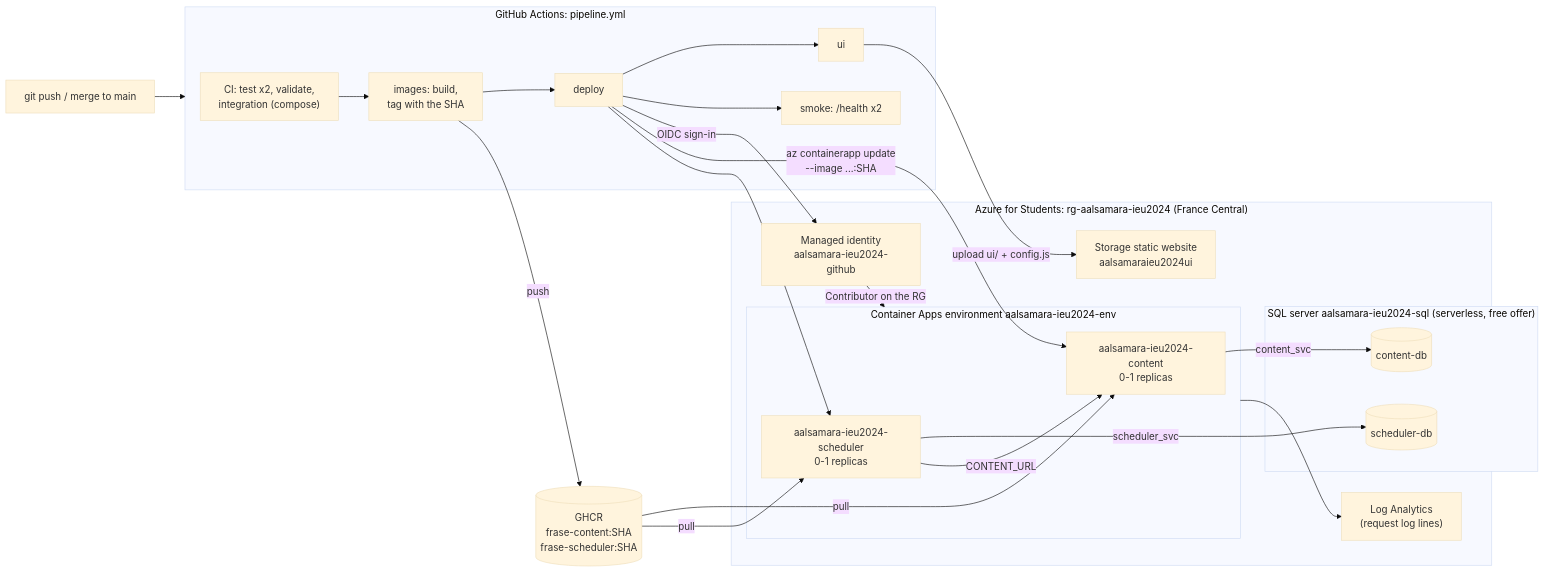
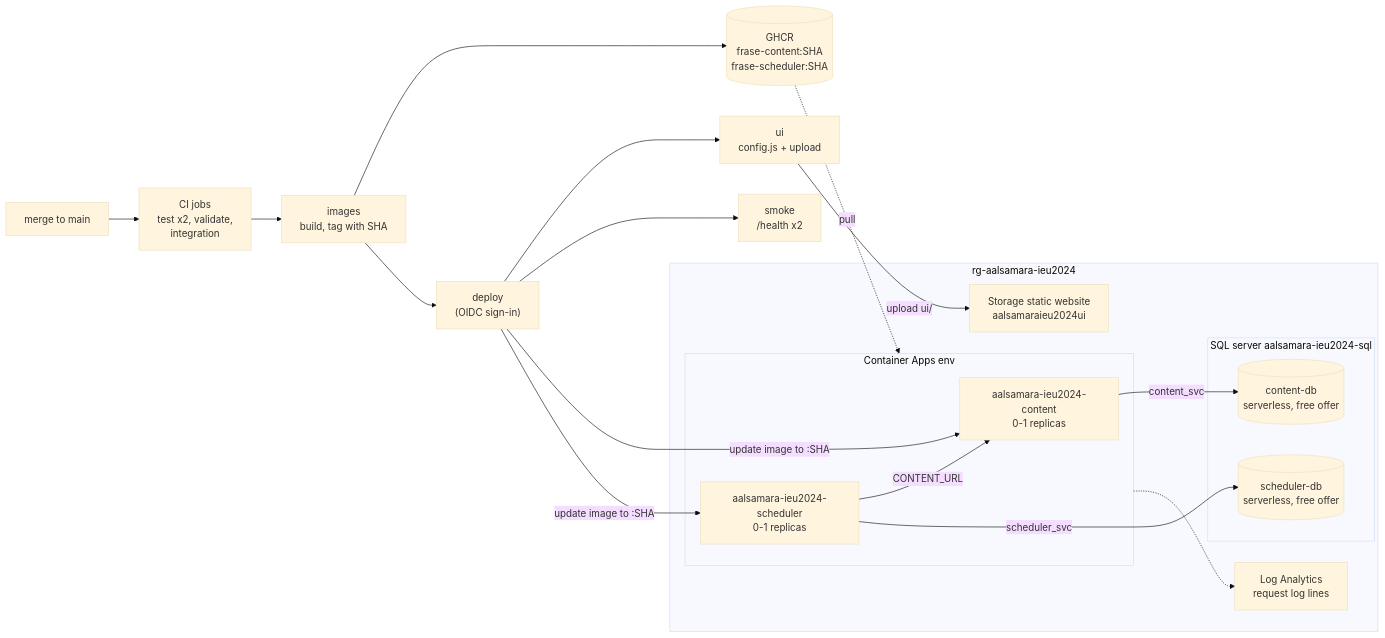
The third of 6 diagrams in docs/diagrams.md (Allaawii/devops_individual_assignment_1), drawn with Mermaid (base theme) before and after one commit. The commit also changed other lines of this file, not shown here.

Commit message:
Make the deployment diagram readable (one resource group box, fewer crossing arrows) and shorten the service box titles so they are not cut off

````diff
--- a/docs/diagrams.md
+++ b/docs/diagrams.md
@@ -63,38 +65,31 @@
 ```mermaid
 flowchart LR
-    dev["git push / merge to main"] --> gha
+    push["merge to main"] --> ci["CI jobs<br/>test x2, validate,<br/>integration"]
+    ci --> images["images<br/>build, tag with SHA"]
+    images --> ghcr[("GHCR<br/>frase-content:SHA<br/>frase-scheduler:SHA")]
+    images --> deploy["deploy<br/>(OIDC sign-in)"]
+    deploy --> ui_job["ui<br/>config.js + upload"]
+    deploy --> smoke["smoke<br/>/health x2"]
 
-    subgraph gha["GitHub Actions: pipeline.yml"]
-        ci["CI: test x2, validate,<br/>integration (compose)"] --> images["images: build,<br/>tag with the SHA"]
-        images --> deploy["deploy"] --> ui_job["ui"]
-        deploy --> smoke["smoke: /health x2"]
-    end
-
-    images -->|push| ghcr[("GHCR<br/>frase-content:SHA<br/>frase-scheduler:SHA")]
-
-    subgraph azure["Azure for Students: rg-aalsamara-ieu2024 (France Central)"]
-        subgraph env["Container Apps environment aalsamara-ieu2024-env"]
+    subgraph rg["rg-aalsamara-ieu2024"]
+        storage["Storage static website<br/>aalsamaraieu2024ui"]
+        subgraph env["Container Apps env"]
             content_app["aalsamara-ieu2024-content<br/>0-1 replicas"]
             scheduler_app["aalsamara-ieu2024-scheduler<br/>0-1 replicas"]
         end
-        subgraph sql["SQL server aalsamara-ieu2024-sql (serverless, free offer)"]
-            content_db[("content-db")]
-            scheduler_db[("scheduler-db")]
+        subgraph sql["SQL server aalsamara-ieu2024-sql"]
+            content_db[("content-db<br/>serverless, free offer")]
+            scheduler_db[("scheduler-db<br/>serverless, free offer")]
         end
-        storage["Storage static website<br/>aalsamaraieu2024ui"]
-        identity["Managed identity<br/>aalsamara-ieu2024-github"]
-        logs["Log Analytics<br/>(request log lines)"]
+        logs["Log Analytics<br/>request log lines"]
     end
 
-    deploy -->|"OIDC sign-in"| identity
-    identity -->|"Contributor on the RG"| env
-    deploy -->|"az containerapp update<br/>--image ...:SHA"| content_app
-    deploy --> scheduler_app
-    ghcr -->|pull| content_app
-    ghcr -->|pull| scheduler_app
-    ui_job -->|"upload ui/ + config.js"| storage
-    content_app -->|"content_svc"| content_db
-    scheduler_app -->|"scheduler_svc"| scheduler_db
-    scheduler_app -->|"CONTENT_URL"| content_app
-    env --> logs
+    deploy -->|"update image to :SHA"| content_app
+    deploy -->|"update image to :SHA"| scheduler_app
+    ghcr -.->|pull| env
+    ui_job -->|"upload ui/"| storage
+    scheduler_app -->|CONTENT_URL| content_app
+    content_app -->|content_svc| content_db
+    scheduler_app -->|scheduler_svc| scheduler_db
+    env -.-> logs
 ```
````
